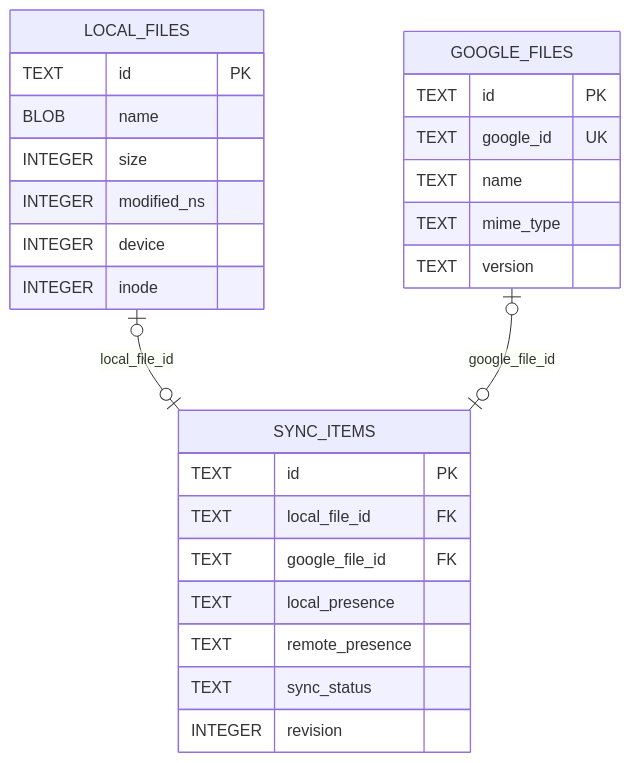
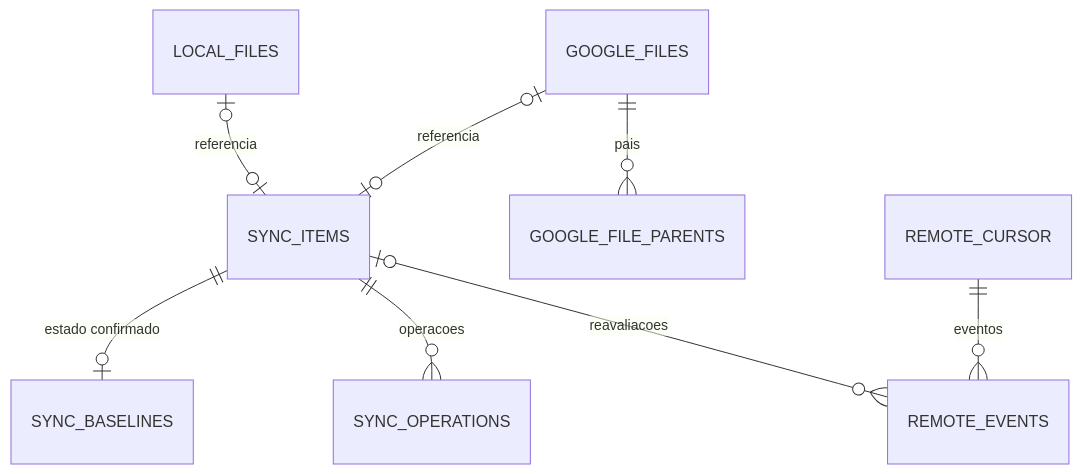
Before and after one commit to rafatosta/drivesync: the diagram in docs/engine/inventory/README.md, drawn with Mermaid. The commit also changed other lines of this file, not shown here.

Commit message:
docs: consolidate all inventory database architecture in README

````diff
--- a/docs/engine/inventory/README.md
+++ b/docs/engine/inventory/README.md
@@ -25,30 +82,10 @@
 ```mermaid
 erDiagram
-    LOCAL_FILES o|--o| SYNC_ITEMS : "local_file_id"
-    GOOGLE_FILES o|--o| SYNC_ITEMS : "google_file_id"
-
-    LOCAL_FILES {
-        TEXT id PK
-        BLOB name
-        INTEGER size
-        INTEGER modified_ns
-        INTEGER device
-        INTEGER inode
-    }
-    GOOGLE_FILES {
-        TEXT id PK
-        TEXT google_id UK
-        TEXT name
-        TEXT mime_type
-        TEXT version
-    }
-    SYNC_ITEMS {
-        TEXT id PK
-        TEXT local_file_id FK
-        TEXT google_file_id FK
-        TEXT local_presence
-        TEXT remote_presence
-        TEXT sync_status
-        INTEGER revision
-    }
+    LOCAL_FILES o|--o| SYNC_ITEMS : "referencia"
+    GOOGLE_FILES o|--o| SYNC_ITEMS : "referencia"
+    GOOGLE_FILES ||--o{ GOOGLE_FILE_PARENTS : "pais"
+    SYNC_ITEMS ||--o| SYNC_BASELINES : "estado confirmado"
+    SYNC_ITEMS ||--o{ SYNC_OPERATIONS : "operacoes"
+    REMOTE_CURSOR ||--o{ REMOTE_EVENTS : "eventos"
+    SYNC_ITEMS o|--o{ REMOTE_EVENTS : "reavaliacoes"
 ```
````
